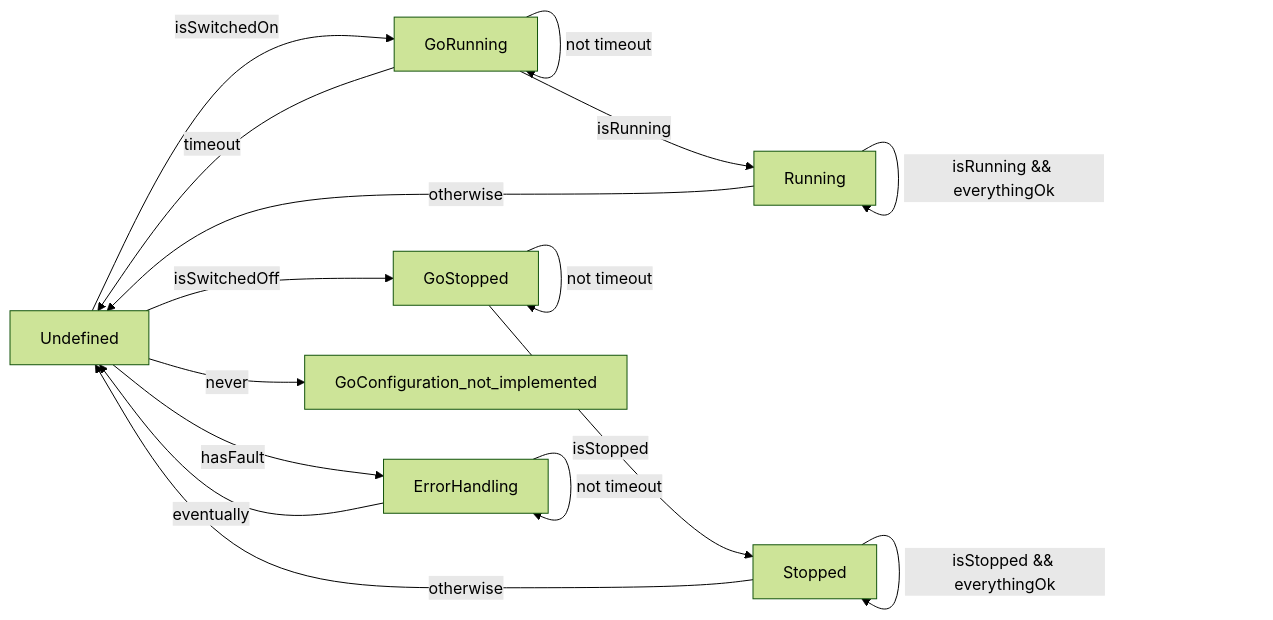
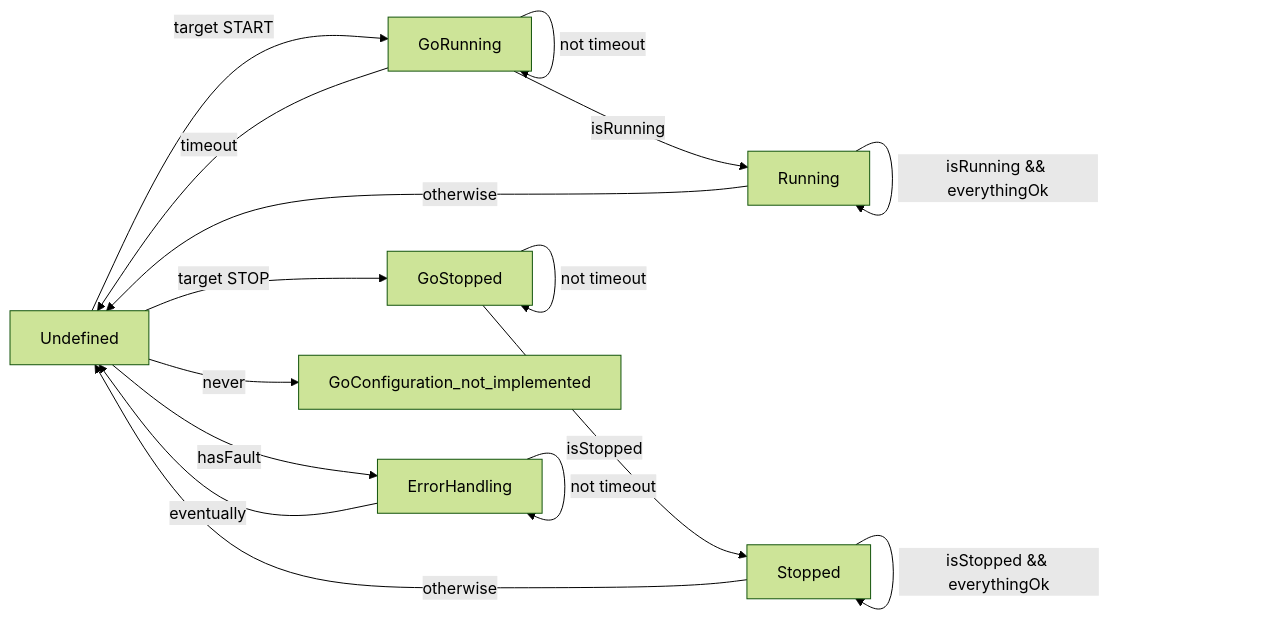
The diagram in io.openems.edge.battery.soltaro/doc/single.versionc.md (OpenEMS/openems), drawn with Mermaid (forest theme) before and after one commit. The commit also changed 178 other files, not shown here.

````diff
--- a/io.openems.edge.battery.soltaro/doc/single.versionc.md
+++ b/io.openems.edge.battery.soltaro/doc/single.versionc.md
@@ -3,25 +3,25 @@
 ```mermaid
 graph LR
-Undefined -->|isSwitchedOn| GoRunning
+Undefined -->|target START| GoRunning
 
 GoRunning -->|not timeout| GoRunning
 GoRunning -->|isRunning| Running
 GoRunning -->|timeout| Undefined
 
 Running -->|isRunning && everythingOk| Running
 Running -->|otherwise| Undefined
 
 
-Undefined -->|isSwitchedOff| GoStopped
+Undefined -->|target STOP| GoStopped
 GoStopped -->|isStopped| Stopped
 GoStopped -->|not timeout| GoStopped
 
 Stopped -->|isStopped && everythingOk| Stopped
 Stopped -->|otherwise| Undefined
 
 Undefined -->|hasFault| ErrorHandling
 ErrorHandling -->|not timeout| ErrorHandling
 ErrorHandling -->|eventually| Undefined
 
 Undefined -->|never| GoConfiguration_not_implemented
 ```
````
